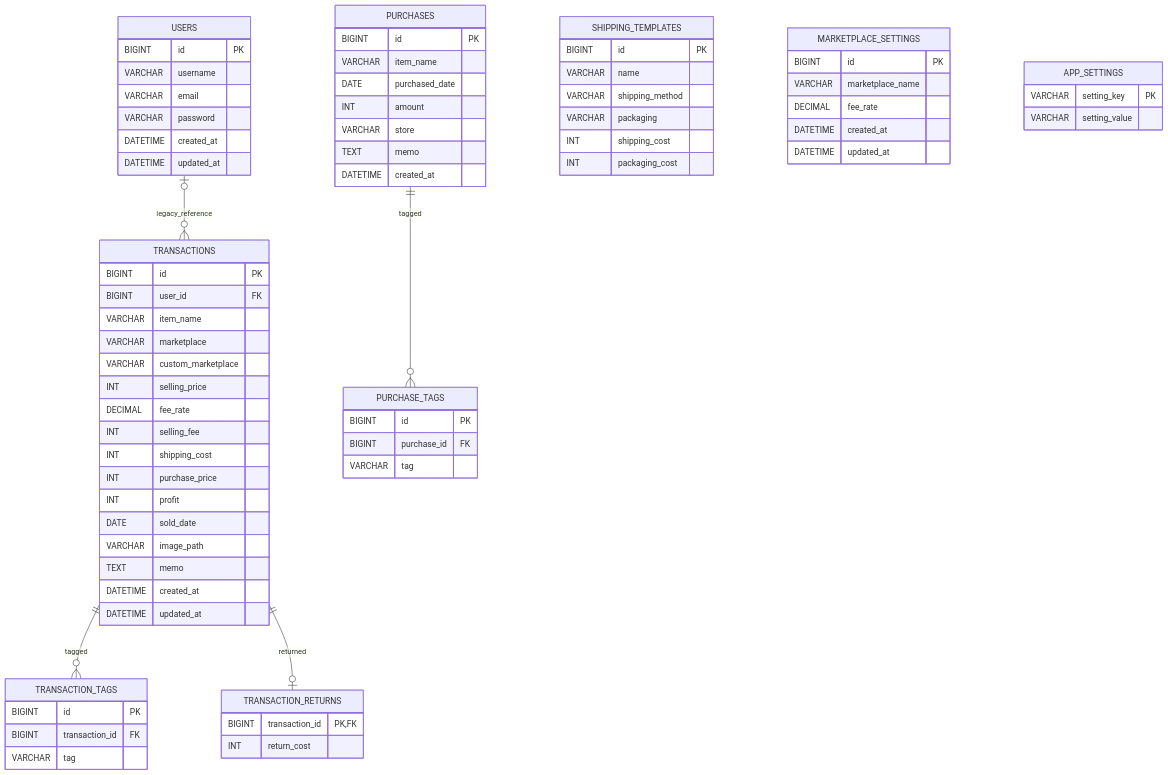
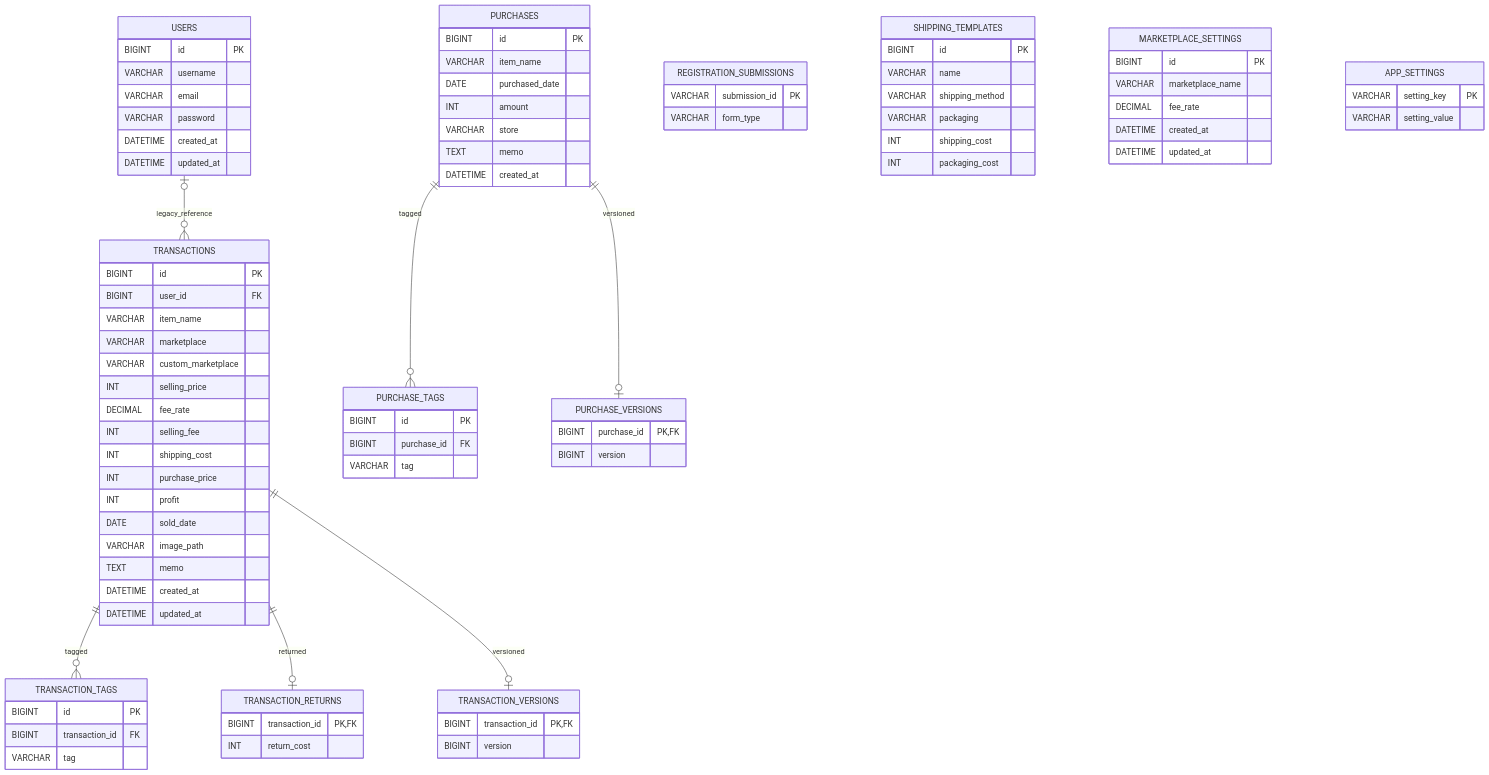
The diagram in 03_er_design.md (YutaK1014/Web), drawn with Mermaid before and after one commit. The commit also changed 40 other files, not shown here.

```diff
--- a/03_er_design.md
+++ b/03_er_design.md
@@ -12,6 +12,23 @@
     TRANSACTIONS ||--o{ TRANSACTION_TAGS : tagged
     TRANSACTIONS ||--o| TRANSACTION_RETURNS : returned
     PURCHASES ||--o{ PURCHASE_TAGS : tagged
+    TRANSACTIONS ||--o| TRANSACTION_VERSIONS : versioned
+    PURCHASES ||--o| PURCHASE_VERSIONS : versioned
+
+    REGISTRATION_SUBMISSIONS {
+        VARCHAR submission_id PK
+        VARCHAR form_type
+    }
+
+    TRANSACTION_VERSIONS {
+        BIGINT transaction_id PK,FK
+        BIGINT version
+    }
+
+    PURCHASE_VERSIONS {
+        BIGINT purchase_id PK,FK
+        BIGINT version
+    }
 
     SHIPPING_TEMPLATES {
         BIGINT id PK
```
